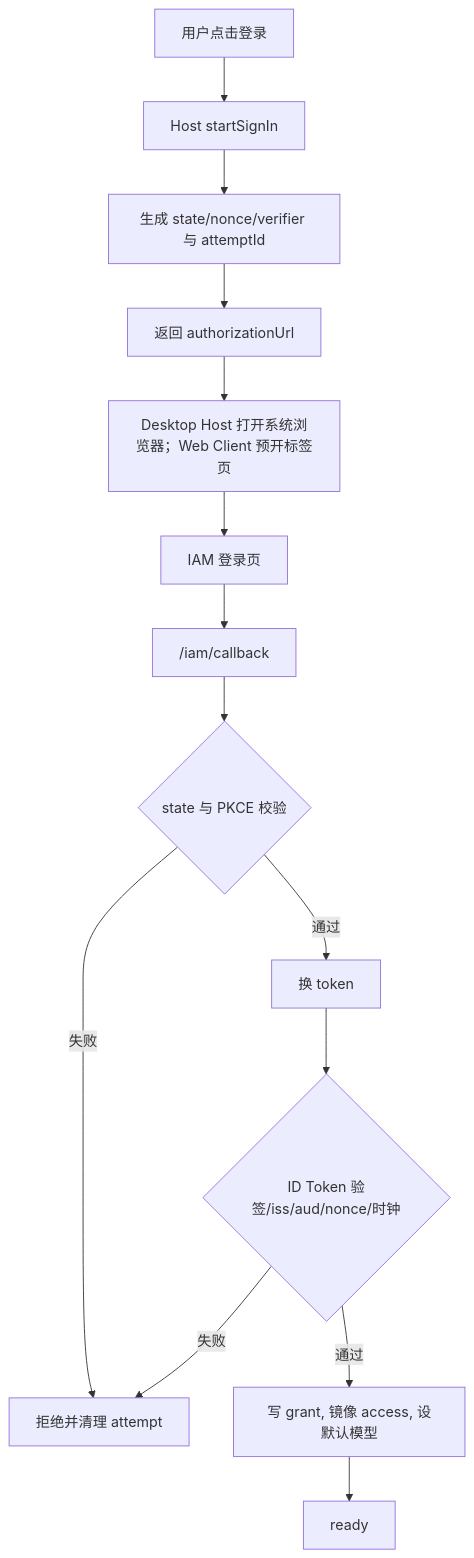
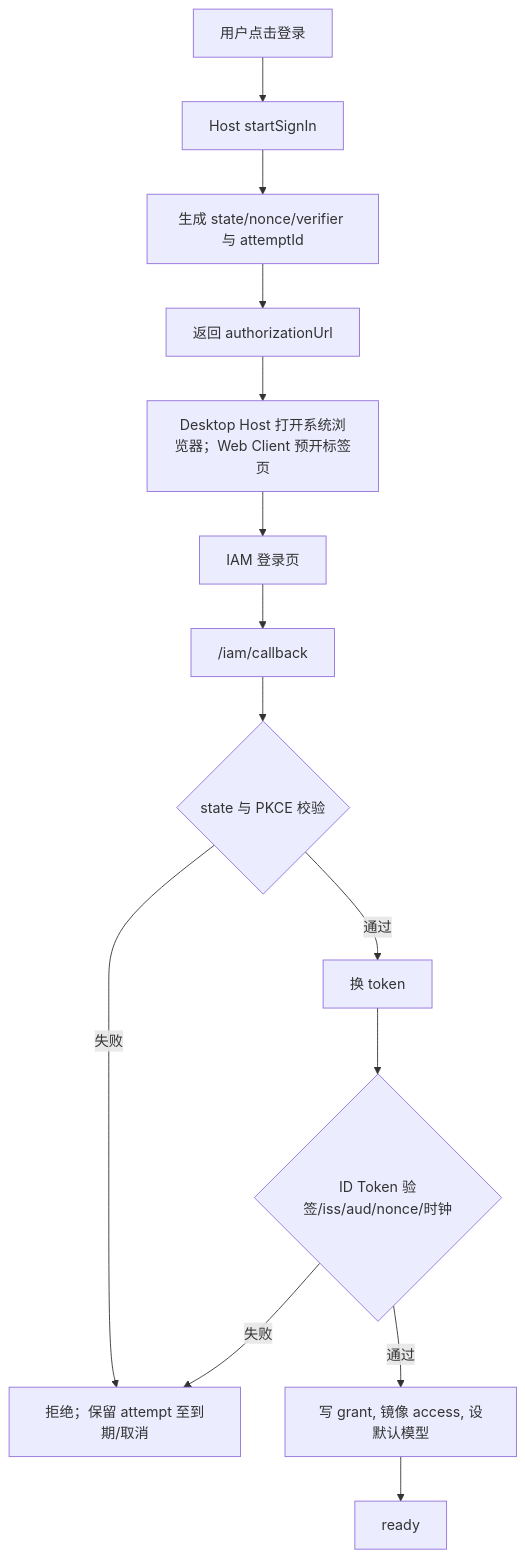
The second of 2 diagrams in docs/design/plugins/forge-iam.md (hrygo/heluo-forge), drawn with Mermaid before and after one commit. The commit also changed other lines of this file and 18 other files, not shown here.

````diff
--- a/docs/design/plugins/forge-iam.md
+++ b/docs/design/plugins/forge-iam.md
@@ -268,16 +278,16 @@
 ```mermaid
 flowchart TD
   A[用户点击登录] --> B[Host startSignIn]
   B --> C["生成 state/nonce/verifier 与 attemptId"]
   C --> D[返回 authorizationUrl]
   D --> E[Desktop Host 打开系统浏览器；Web Client 预开标签页]
   E --> F[IAM 登录页]
   F --> G["/iam/callback"]
   G --> H{state 与 PKCE 校验}
-  H -->|失败| I[拒绝并清理 attempt]
+  H -->|失败| I[拒绝；保留 attempt 至到期/取消]
   H -->|通过| J[换 token]
   J --> K{"ID Token 验签/iss/aud/nonce/时钟"}
   K -->|失败| I
   K -->|通过| L[写 grant, 镜像 access, 设默认模型]
   L --> M[ready]
 ```
````
